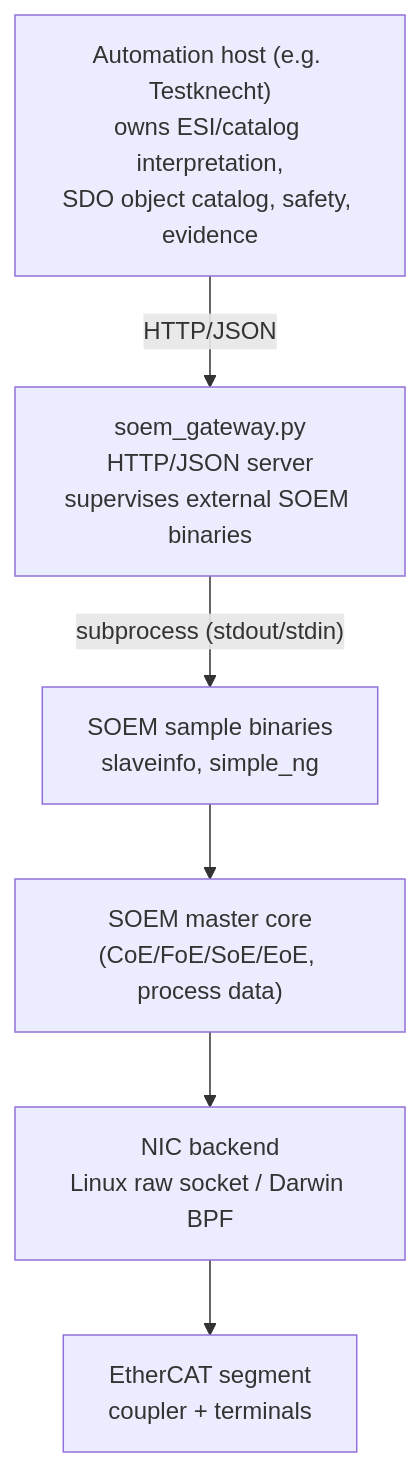
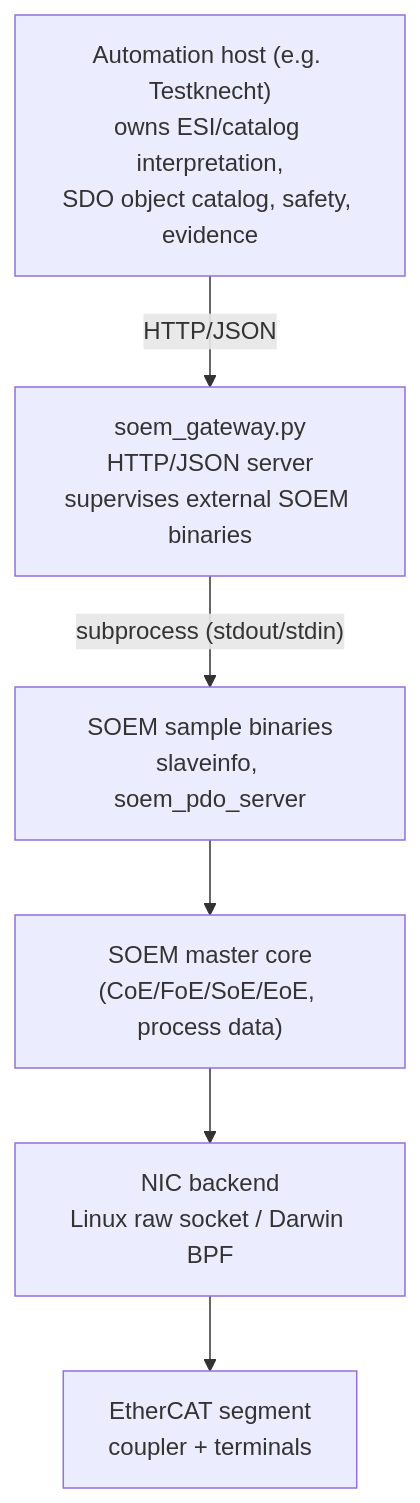
Before and after one commit to schrieferth/SOEM: the diagram in docs/concepts/architecture.md, drawn with Mermaid. The commit also changed 14 other files, not shown here.

First line of the commit message:
Add real EtherCAT process-data backend (soem_pdo_server) to the gateway

````diff
--- a/docs/concepts/architecture.md
+++ b/docs/concepts/architecture.md
@@ -10,14 +10,14 @@
 ```{mermaid}
 flowchart TD
     A["Automation host (e.g. Testknecht)\nowns ESI/catalog interpretation,\nSDO object catalog, safety, evidence"]
     B["soem_gateway.py\nHTTP/JSON server\nsupervises external SOEM binaries"]
-    C["SOEM sample binaries\nslaveinfo, simple_ng"]
+    C["SOEM sample binaries\nslaveinfo, soem_pdo_server"]
     D["SOEM master core\n(CoE/FoE/SoE/EoE, process data)"]
     E["NIC backend\nLinux raw socket / Darwin BPF"]
     F["EtherCAT segment\ncoupler + terminals"]
     A -- "HTTP/JSON" --> B
     B -- "subprocess (stdout/stdin)" --> C
     C --> D
     D --> E
     E --> F
 ```
````
